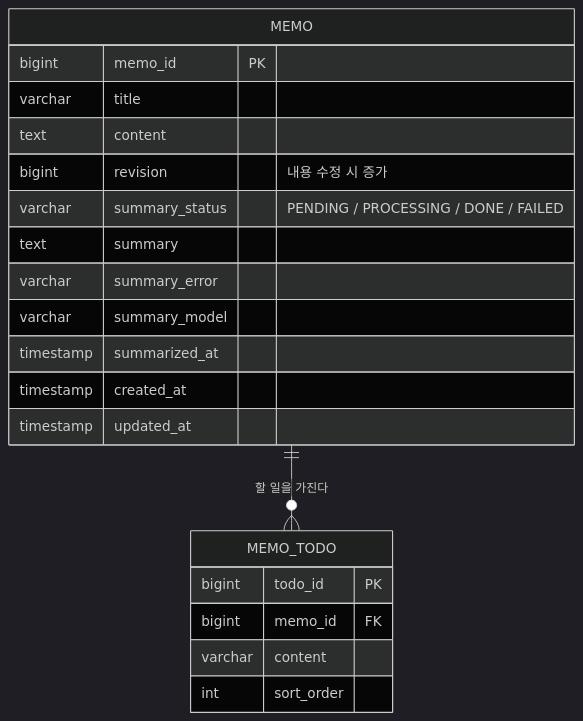
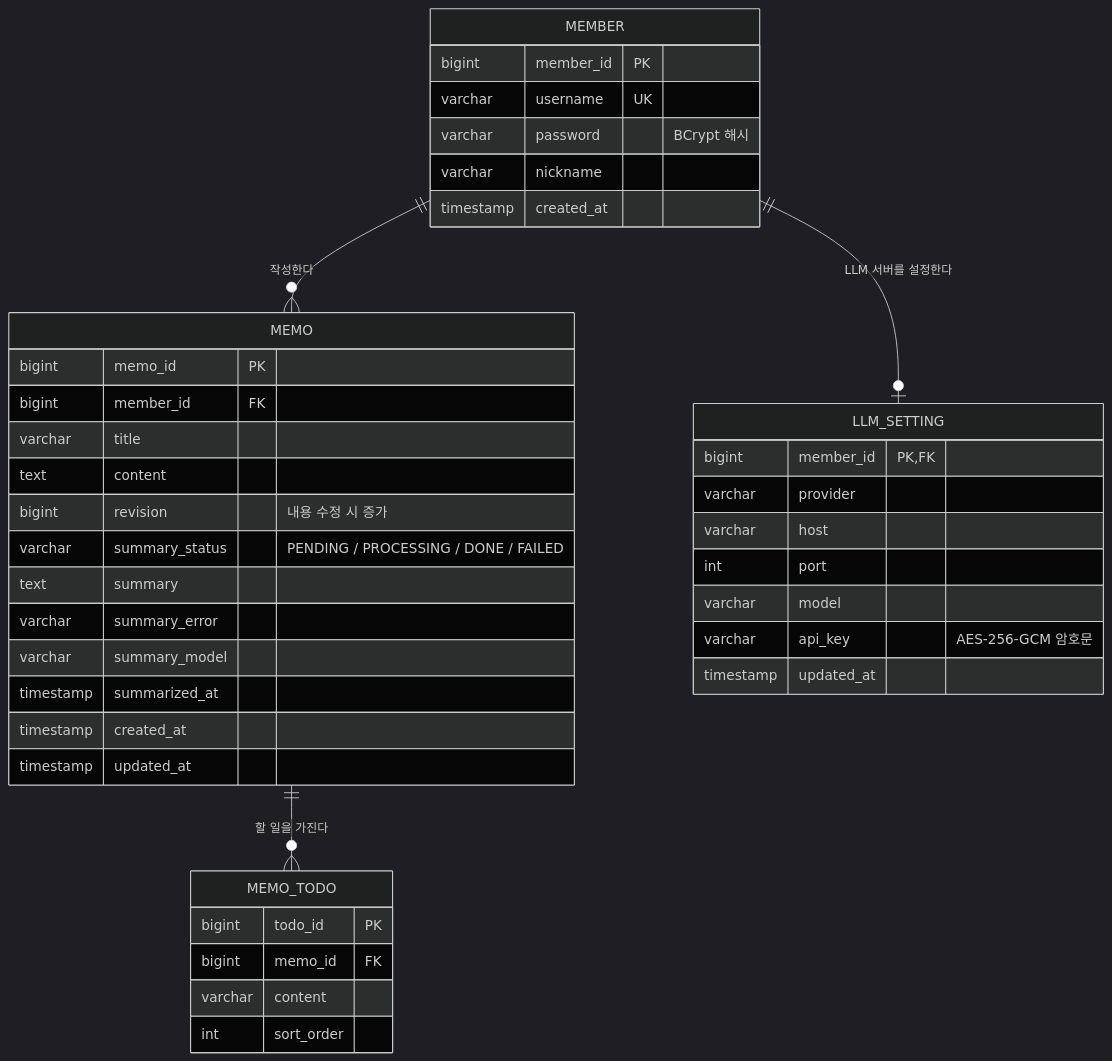
Before and after one commit to Hasegos/coding-test-project: the fourth of 4 diagrams in README.md, drawn with Mermaid (dark theme). The commit also changed other lines of this file, not shown here.

````diff
--- a/README.md
+++ b/README.md
@@ -188,23 +214,42 @@
 ```mermaid
 erDiagram
+    MEMBER ||--o{ MEMO : "작성한다"
+    MEMBER ||--o| LLM_SETTING : "LLM 서버를 설정한다"
     MEMO ||--o{ MEMO_TODO : "할 일을 가진다"
+    MEMBER {
+        bigint member_id PK
+        varchar username UK
+        varchar password "BCrypt 해시"
+        varchar nickname
+        timestamp created_at
+    }
     MEMO {
         bigint memo_id PK
+        bigint member_id FK
         varchar title
         text content
         bigint revision "내용 수정 시 증가"
         varchar summary_status "PENDING / PROCESSING / DONE / FAILED"
         text summary
         varchar summary_error
         varchar summary_model
         timestamp summarized_at
         timestamp created_at
         timestamp updated_at
     }
     MEMO_TODO {
         bigint todo_id PK
         bigint memo_id FK
         varchar content
         int sort_order
     }
+    LLM_SETTING {
+        bigint member_id PK, FK
+        varchar provider
+        varchar host
+        int port
+        varchar model
+        varchar api_key "AES-256-GCM 암호문"
+        timestamp updated_at
+    }
 ```
````
